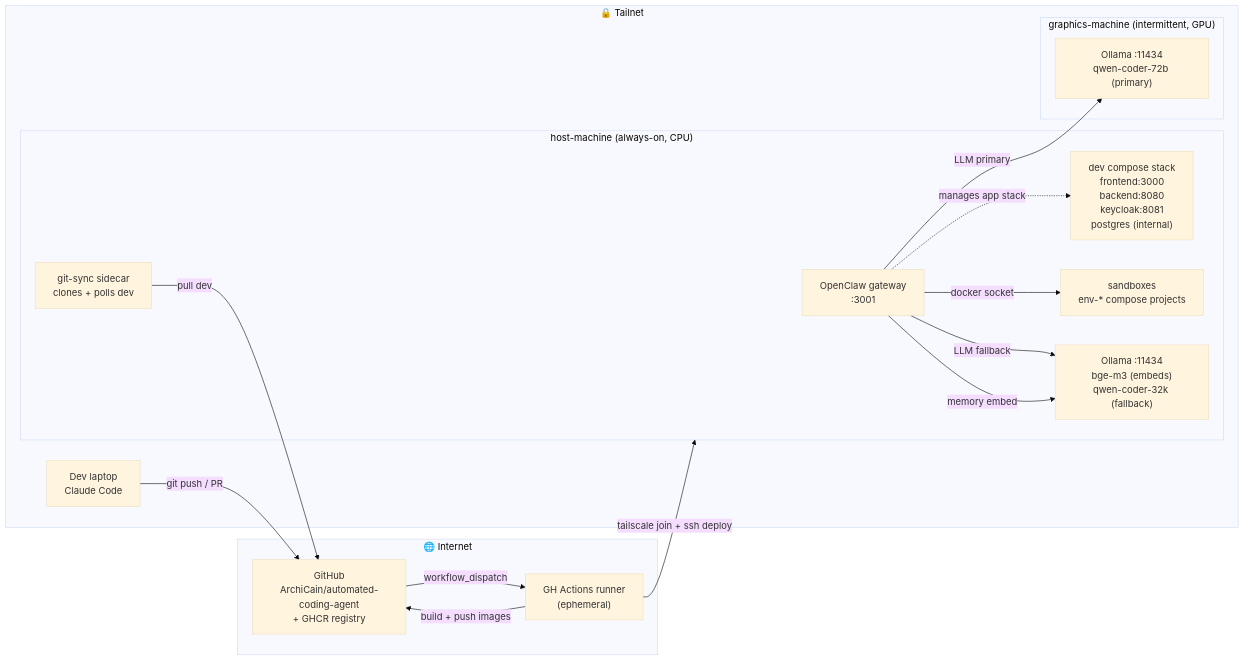
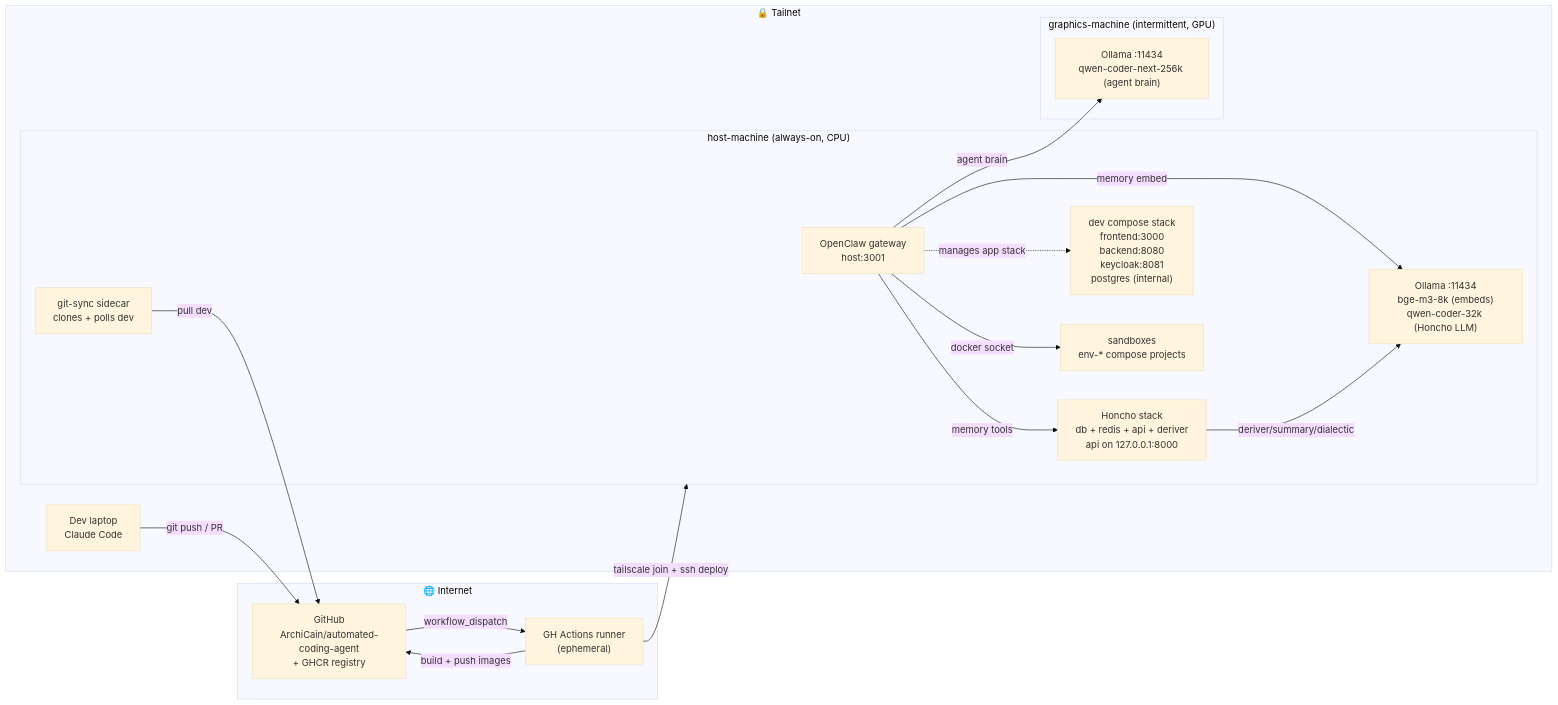
Before and after one commit to ArchiCain/automated-coding-agent: the first of 3 diagrams in infrastructure/.docs/ecosystem.md, drawn with Mermaid (base theme). The commit also changed other lines of this file and 32 other files, not shown here.

First line of the commit message:
openclaw: migrate to polished four-agent setup with Honcho memory

````diff
--- a/infrastructure/.docs/ecosystem.md
+++ b/infrastructure/.docs/ecosystem.md
@@ -21,34 +22,36 @@
 ```mermaid
 flowchart LR
   subgraph Internet["🌐 Internet"]
     GH["GitHub<br/>ArchiCain/automated-coding-agent<br/>+ GHCR registry"]
     CI["GH Actions runner<br/>(ephemeral)"]
   end
 
   subgraph Tailnet["🔒 Tailnet"]
     LAPTOP["Dev laptop<br/>Claude Code"]
 
     subgraph HOST["host-machine (always-on, CPU)"]
-      OCG["OpenClaw gateway<br/>:3001"]
+      OCG["OpenClaw gateway<br/>host:3001"]
       GS["git-sync sidecar<br/>clones + polls dev"]
+      HONCHO["Honcho stack<br/>db + redis + api + deriver<br/>api on 127.0.0.1:8000"]
       APP["dev compose stack<br/>frontend:3000<br/>backend:8080<br/>keycloak:8081<br/>postgres (internal)"]
       SB["sandboxes<br/>env-* compose projects"]
-      OLC["Ollama :11434<br/>bge-m3 (embeds)<br/>qwen-coder-32k (fallback)"]
+      OLC["Ollama :11434<br/>bge-m3-8k (embeds)<br/>qwen-coder-32k (Honcho LLM)"]
     end
 
     subgraph GPU["graphics-machine (intermittent, GPU)"]
-      OLG["Ollama :11434<br/>qwen-coder-72b (primary)"]
+      OLG["Ollama :11434<br/>qwen-coder-next-256k (agent brain)"]
     end
   end
 
   LAPTOP -- "git push / PR" --> GH
   GH -- "workflow_dispatch" --> CI
   CI -- "build + push images" --> GH
   CI -- "tailscale join + ssh deploy" --> HOST
   GS -- "pull dev" --> GH
-  OCG -- "LLM primary" --> OLG
-  OCG -- "LLM fallback" --> OLC
+  OCG -- "agent brain" --> OLG
   OCG -- "memory embed" --> OLC
+  OCG -- "memory tools" --> HONCHO
+  HONCHO -- "deriver/summary/dialectic" --> OLC
   OCG -- "docker socket" --> SB
   OCG -. "manages app stack" .-> APP
 ```
````
